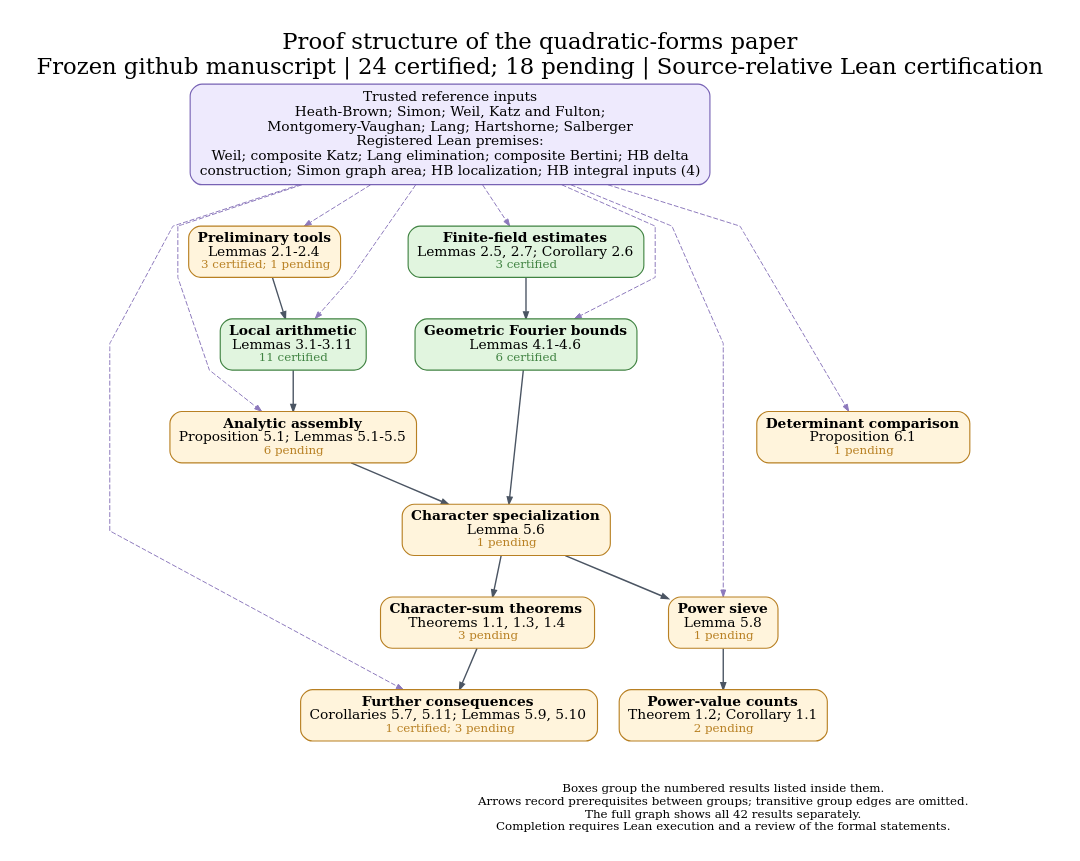
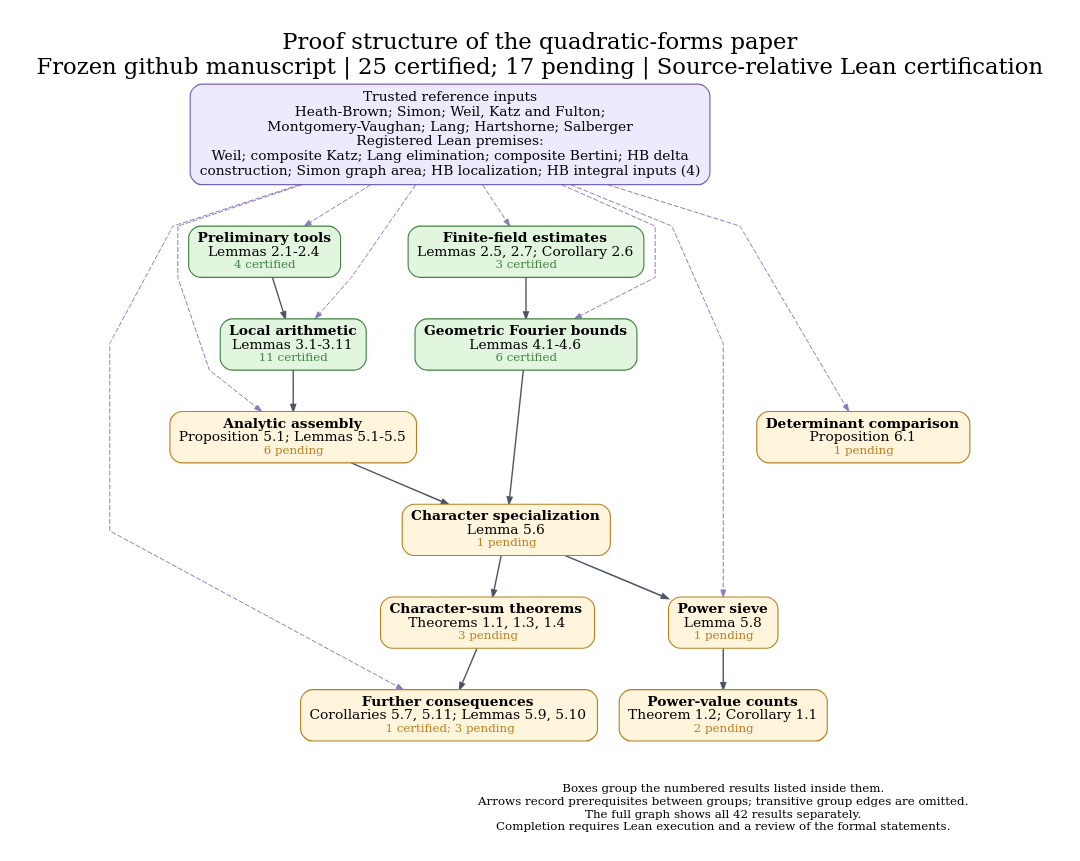
Before and after one commit to nicolasrobles/quaternary-quadratic-forms: the diagram in docs/dependency_overview.dot, drawn with Graphviz. The commit also changed 29 other files, not shown here.

Commit message:
Prove Lemma 2.3 for nonsplit rational quaternary forms

```diff
--- a/docs/dependency_overview.dot
+++ b/docs/dependency_overview.dot
@@ -1,43 +1,43 @@
 digraph Overview {
 graph [rankdir=TB, newrank=true, compound=true, outputorder=edgesfirst,
   bgcolor="white", fontname="DejaVu Serif", fontsize=23, labelloc=t,
-  label="Proof structure of the quadratic-forms paper\nFrozen github manuscript | 24 certified; 18 pending | Source-relative Lean certification",
+  label="Proof structure of the quadratic-forms paper\nFrozen github manuscript | 25 certified; 17 pending | Source-relative Lean certification",
   nodesep=0.30, ranksep=0.58, pad=0.28, splines=polyline];
 node [shape=box, style="rounded,filled", fillcolor="#fff4dc", color="#b88023",
   fontname="DejaVu Serif", fontsize=14, penwidth=1.15, margin="0.12,0.09"];
 edge [color="#4b5563", arrowsize=0.70, penwidth=1.05];
 sources [label="Trusted reference inputs\nHeath-Brown; Simon; Weil, Katz and Fulton;\nMontgomery-Vaughan; Lang; Hartshorne; Salberger\nRegistered Lean premises:\nWeil; composite Katz; Lang elimination; composite Bertini; HB delta\nconstruction; Simon graph area; HB localization; HB integral inputs (4)", fillcolor="#eeeafd", color="#7762b4", fontsize=14];
-"prelim" [label=<<B>Preliminary tools</B><BR/>Lemmas 2.1-2.4<BR/><FONT POINT-SIZE="12" COLOR="#b88023">3 certified; 1 pending</FONT>>, fillcolor="#fff4dc", color="#b88023", URL="https://github.com/nicolasrobles/quaternary-quadratic-forms/blob/main/INVENTORY.md", target="_blank"];
+"prelim" [label=<<B>Preliminary tools</B><BR/>Lemmas 2.1-2.4<BR/><FONT POINT-SIZE="12" COLOR="#408342">4 certified</FONT>>, fillcolor="#e1f5df", color="#408342", URL="https://github.com/nicolasrobles/quaternary-quadratic-forms/blob/main/INVENTORY.md", target="_blank"];
 "finite" [label=<<B>Finite-field estimates</B><BR/>Lemmas 2.5, 2.7; Corollary 2.6<BR/><FONT POINT-SIZE="12" COLOR="#408342">3 certified</FONT>>, fillcolor="#e1f5df", color="#408342", URL="https://github.com/nicolasrobles/quaternary-quadratic-forms/blob/main/INVENTORY.md", target="_blank"];
 "local" [label=<<B>Local arithmetic</B><BR/>Lemmas 3.1-3.11<BR/><FONT POINT-SIZE="12" COLOR="#408342">11 certified</FONT>>, fillcolor="#e1f5df", color="#408342", URL="https://github.com/nicolasrobles/quaternary-quadratic-forms/blob/main/INVENTORY.md", target="_blank"];
 "fourier" [label=<<B>Geometric Fourier bounds</B><BR/>Lemmas 4.1-4.6<BR/><FONT POINT-SIZE="12" COLOR="#408342">6 certified</FONT>>, fillcolor="#e1f5df", color="#408342", URL="https://github.com/nicolasrobles/quaternary-quadratic-forms/blob/main/INVENTORY.md", target="_blank"];
 "analytic" [label=<<B>Analytic assembly</B><BR/>Proposition 5.1; Lemmas 5.1-5.5<BR/><FONT POINT-SIZE="12" COLOR="#b88023">6 pending</FONT>>, fillcolor="#fff4dc", color="#b88023", URL="https://github.com/nicolasrobles/quaternary-quadratic-forms/blob/main/INVENTORY.md", target="_blank"];
 "characters" [label=<<B>Character specialization</B><BR/>Lemma 5.6<BR/><FONT POINT-SIZE="12" COLOR="#b88023">1 pending</FONT>>, fillcolor="#fff4dc", color="#b88023", URL="https://github.com/nicolasrobles/quaternary-quadratic-forms/blob/main/INVENTORY.md", target="_blank"];
 "sieve" [label=<<B>Power sieve</B><BR/>Lemma 5.8<BR/><FONT POINT-SIZE="12" COLOR="#b88023">1 pending</FONT>>, fillcolor="#fff4dc", color="#b88023", URL="https://github.com/nicolasrobles/quaternary-quadratic-forms/blob/main/INVENTORY.md", target="_blank"];
 "consequences" [label=<<B>Further consequences</B><BR/>Corollaries 5.7, 5.11; Lemmas 5.9, 5.10<BR/><FONT POINT-SIZE="12" COLOR="#b88023">1 certified; 3 pending</FONT>>, fillcolor="#fff4dc", color="#b88023", URL="https://github.com/nicolasrobles/quaternary-quadratic-forms/blob/main/INVENTORY.md", target="_blank"];
 "maincharacters" [label=<<B>Character-sum theorems</B><BR/>Theorems 1.1, 1.3, 1.4<BR/><FONT POINT-SIZE="12" COLOR="#b88023">3 pending</FONT>>, fillcolor="#fff4dc", color="#b88023", URL="https://github.com/nicolasrobles/quaternary-quadratic-forms/blob/main/INVENTORY.md", target="_blank"];
 "mainpowers" [label=<<B>Power-value counts</B><BR/>Theorem 1.2; Corollary 1.1<BR/><FONT POINT-SIZE="12" COLOR="#b88023">2 pending</FONT>>, fillcolor="#fff4dc", color="#b88023", URL="https://github.com/nicolasrobles/quaternary-quadratic-forms/blob/main/INVENTORY.md", target="_blank"];
 "fixed" [label=<<B>Determinant comparison</B><BR/>Proposition 6.1<BR/><FONT POINT-SIZE="12" COLOR="#b88023">1 pending</FONT>>, fillcolor="#fff4dc", color="#b88023", URL="https://github.com/nicolasrobles/quaternary-quadratic-forms/blob/main/INVENTORY.md", target="_blank"];
 "analytic" -> "characters" [penwidth=1.4];
 "characters" -> "maincharacters" [penwidth=1.4];
 "characters" -> "sieve" [penwidth=1.4];
 "finite" -> "fourier" [penwidth=1.4];
 "fourier" -> "characters" [penwidth=1.4];
 "local" -> "analytic" [penwidth=1.4];
 "maincharacters" -> "consequences" [penwidth=1.4];
 "prelim" -> "local" [penwidth=1.4];
 "sieve" -> "mainpowers" [penwidth=1.4];
 sources -> "analytic" [style=dashed, color="#8d79bc", penwidth=1.0];
 sources -> "consequences" [style=dashed, color="#8d79bc", penwidth=1.0];
 sources -> "finite" [style=dashed, color="#8d79bc", penwidth=1.0];
 sources -> "fixed" [style=dashed, color="#8d79bc", penwidth=1.0];
 sources -> "fourier" [style=dashed, color="#8d79bc", penwidth=1.0];
 sources -> "local" [style=dashed, color="#8d79bc", penwidth=1.0];
 sources -> "prelim" [style=dashed, color="#8d79bc", penwidth=1.0];
 sources -> "sieve" [style=dashed, color="#8d79bc", penwidth=1.0];
 legend [shape=plain, style="", label="Boxes group the numbered results listed inside them.\nArrows record prerequisites between groups; transitive group edges are omitted.\nThe full graph shows all 42 results separately.\nCompletion requires Lean execution and a review of the formal statements.", fontsize=12];
 {rank=sink; legend;}
 "consequences" -> legend [style=invis];
 "fixed" -> legend [style=invis];
 "mainpowers" -> legend [style=invis];
 }
```
